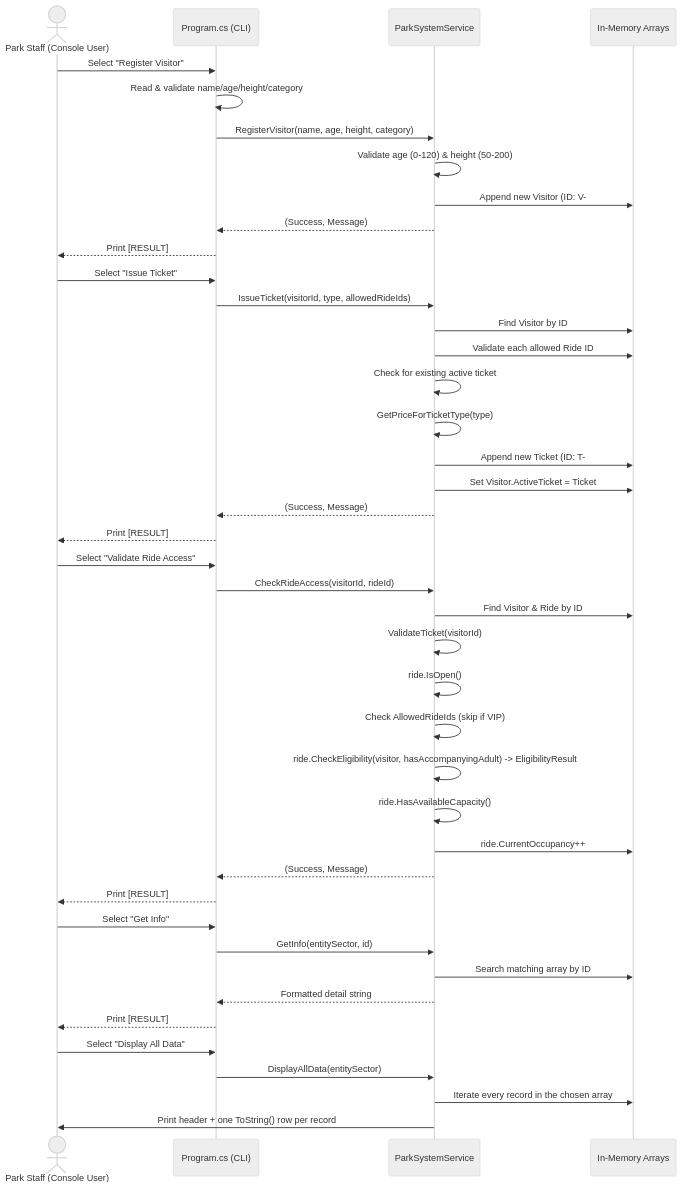
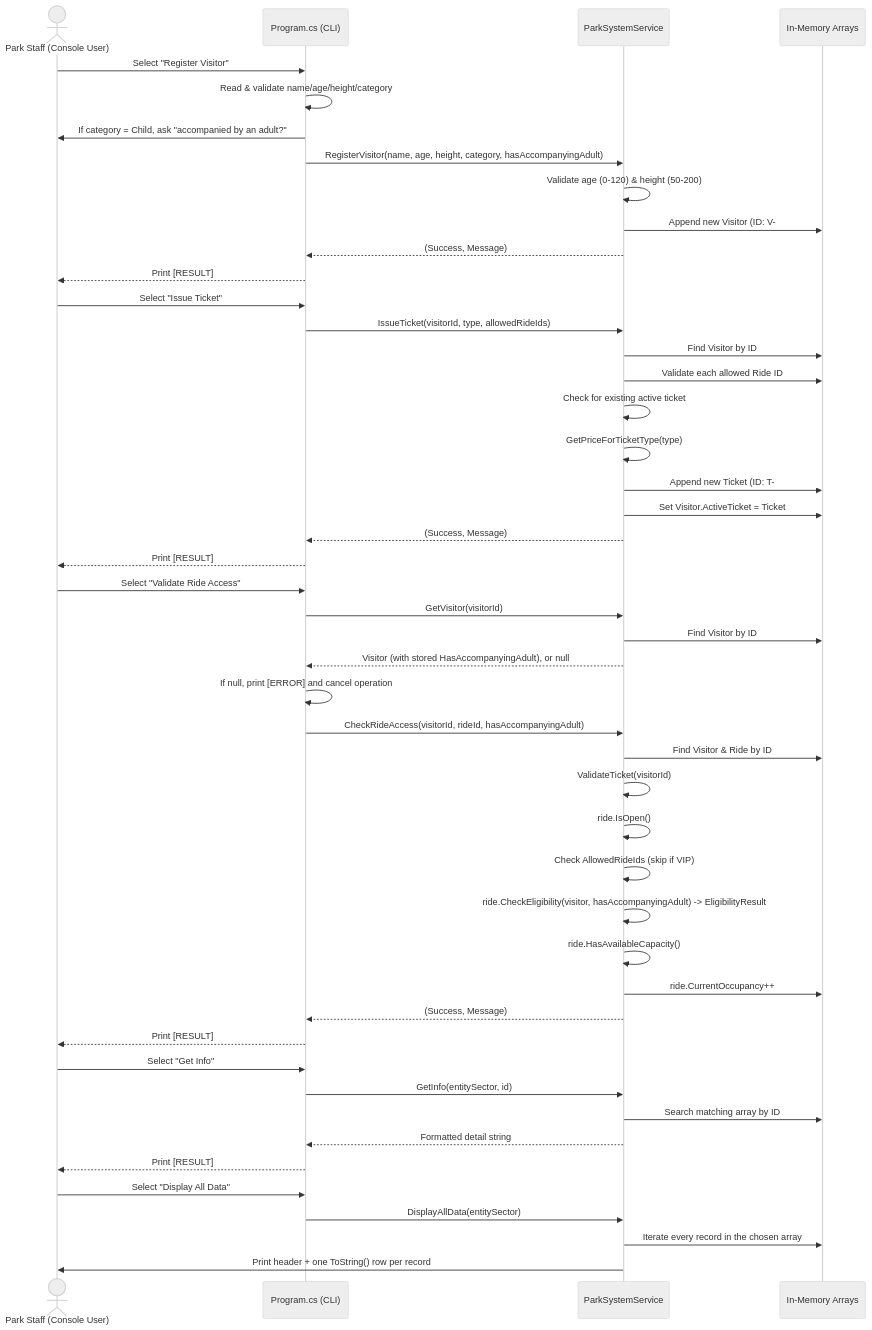
The second of 2 diagrams in README.md (Mohammadshaqboua/HorizonParkSystem), drawn with Mermaid (neutral theme) before and after one commit. The commit also changed other lines of this file, not shown here.

First line of the commit message:
Add hasAccompanyingAdult parameter to visitor registration

````diff
--- a/README.md
+++ b/README.md
@@ -482,49 +490,54 @@
 ```mermaid
 sequenceDiagram
     actor Staff as Park Staff (Console User)
     participant Program as Program.cs (CLI)
     participant Service as ParkSystemService
     participant Store as In-Memory Arrays
 
     Staff->>Program: Select "Register Visitor"
     Program->>Program: Read & validate name/age/height/category
-    Program->>Service: RegisterVisitor(name, age, height, category)
+    Program->>Staff: If category = Child, ask "accompanied by an adult?"
+    Program->>Service: RegisterVisitor(name, age, height, category, hasAccompanyingAdult)
     Service->>Service: Validate age (0-120) & height (50-200)
-    Service->>Store: Append new Visitor (ID: V-#)
+    Service->>Store: Append new Visitor (ID: V-#, stores HasAccompanyingAdult)
     Service-->>Program: (Success, Message)
     Program-->>Staff: Print [RESULT]
 
     Staff->>Program: Select "Issue Ticket"
     Program->>Service: IssueTicket(visitorId, type, allowedRideIds)
     Service->>Store: Find Visitor by ID
     Service->>Store: Validate each allowed Ride ID
     Service->>Service: Check for existing active ticket
     Service->>Service: GetPriceForTicketType(type)
     Service->>Store: Append new Ticket (ID: T-#)
     Service->>Store: Set Visitor.ActiveTicket = Ticket
     Service-->>Program: (Success, Message)
     Program-->>Staff: Print [RESULT]
 
     Staff->>Program: Select "Validate Ride Access"
-    Program->>Service: CheckRideAccess(visitorId, rideId)
+    Program->>Service: GetVisitor(visitorId)
+    Service->>Store: Find Visitor by ID
+    Service-->>Program: Visitor (with stored HasAccompanyingAdult), or null
+    Program->>Program: If null, print [ERROR] and cancel operation
+    Program->>Service: CheckRideAccess(visitorId, rideId, hasAccompanyingAdult)
     Service->>Store: Find Visitor & Ride by ID
     Service->>Service: ValidateTicket(visitorId)
     Service->>Service: ride.IsOpen()
     Service->>Service: Check AllowedRideIds (skip if VIP)
     Service->>Service: ride.CheckEligibility(visitor, hasAccompanyingAdult) -> EligibilityResult
     Service->>Service: ride.HasAvailableCapacity()
     Service->>Store: ride.CurrentOccupancy++
     Service-->>Program: (Success, Message)
     Program-->>Staff: Print [RESULT]
 
     Staff->>Program: Select "Get Info"
     Program->>Service: GetInfo(entitySector, id)
     Service->>Store: Search matching array by ID
     Service-->>Program: Formatted detail string
     Program-->>Staff: Print [RESULT]
 
     Staff->>Program: Select "Display All Data"
     Program->>Service: DisplayAllData(entitySector)
     Service->>Store: Iterate every record in the chosen array
     Service->>Staff: Print header + one ToString() row per record
 ```
````
